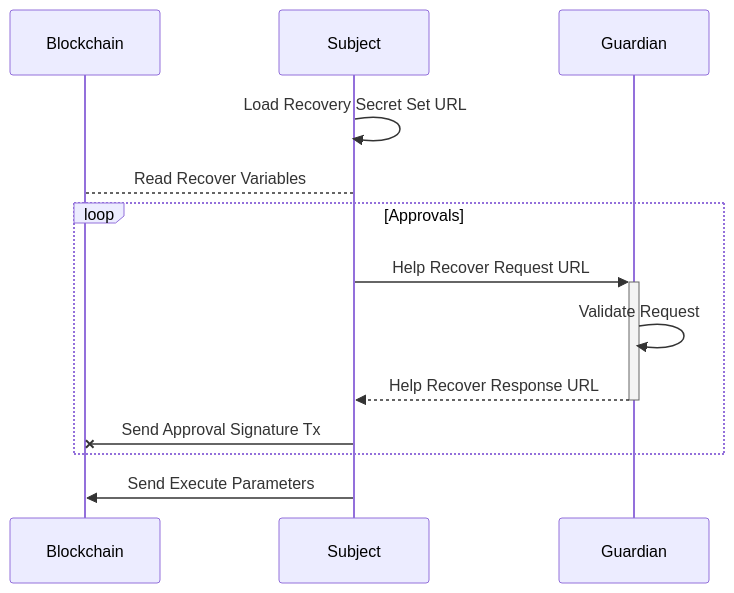
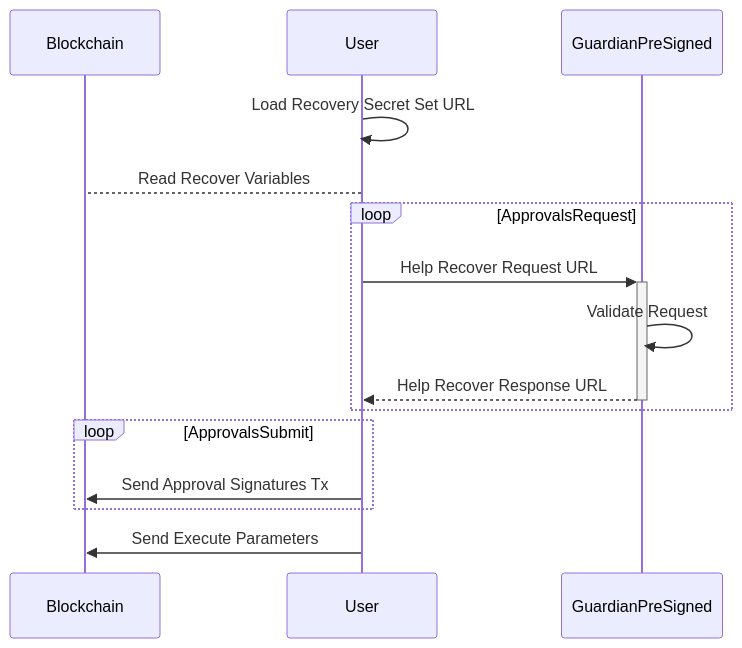
Before and after one commit to ethereum/EIPs: diagram 12 of 17 in EIPS/eip-2429.md, drawn with Mermaid. The commit also changed other lines of this file, not shown here.

Commit message:
batching signatures in presigned

````diff
--- a/EIPS/eip-2429.md
+++ b/EIPS/eip-2429.md
@@ -365,15 +365,17 @@
 ```mermaid
 sequenceDiagram
     participant Blockchain
-    participant Subject
-    participant Guardian
-    Subject->>Subject: Load Recovery Secret Set URL
-    Subject-->Blockchain: Read Recover Variables
-    loop Approvals
-        Subject->>+Guardian: Help Recover Request URL
-        Guardian->>Guardian: Validate Request
-        Guardian-->>-Subject: Help Recover Response URL
-        Subject-xBlockchain: Send Approval Signature Tx
+    participant User
+    participant GuardianPreSigned
+    User->>User: Load Recovery Secret Set URL
+    User-->Blockchain: Read Recover Variables
+    loop ApprovalsRequest
+        User->>+GuardianPreSigned: Help Recover Request URL
+        GuardianPreSigned->>GuardianPreSigned: Validate Request
+        GuardianPreSigned-->>-User: Help Recover Response URL
     end 
-    Subject->>Blockchain: Send Execute Parameters
+    loop ApprovalsSubmit
+        User->>Blockchain: Send Approval Signatures Tx
+    end
+    User->>Blockchain: Send Execute Parameters
 ```
````
